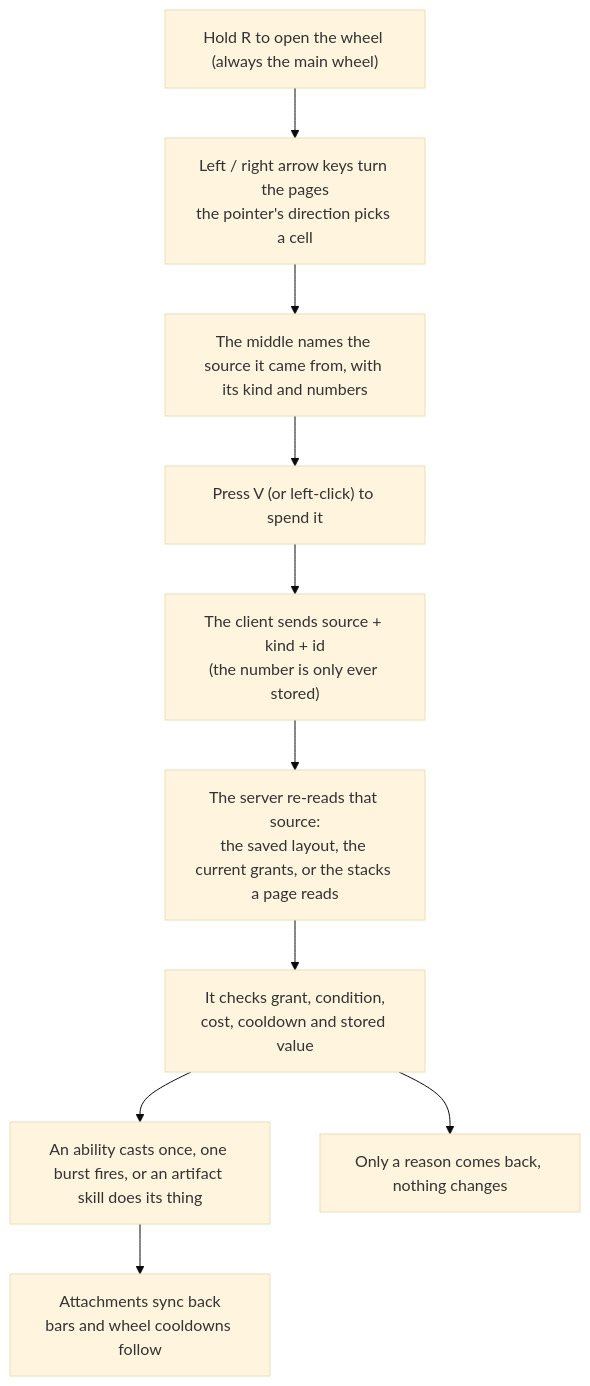
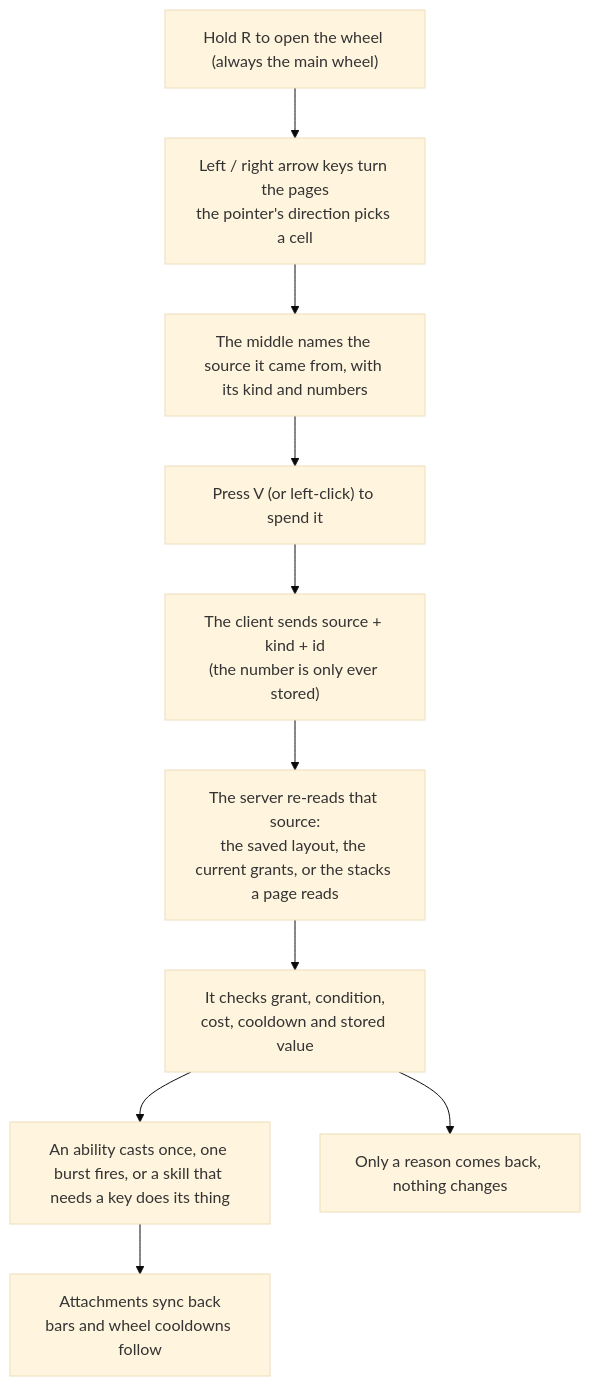
The diagram in docs/en/player-guide/keys-and-hud.md (IAFEnvoy/mxt-docs), drawn with Mermaid (base theme) before and after one commit. The commit also changed other lines of this file and 180 other files, not shown here.

````diff
--- a/docs/en/player-guide/keys-and-hud.md
+++ b/docs/en/player-guide/keys-and-hud.md
@@ -82,12 +84,12 @@
 ```mermaid
 flowchart TD
     A["Hold R to open the wheel (always the main wheel)"] --> B["Left / right arrow keys turn the pages<br/>the pointer's direction picks a cell"]
     B --> C["The middle names the source it came from, with its kind and numbers"]
     C --> D["Press V (or left-click) to spend it"]
     D --> E["The client sends source + kind + id<br/>(the number is only ever stored)"]
     E --> F0["The server re-reads that source:<br/>the saved layout, the current grants, or the stacks a page reads"]
     F0 --> F["It checks grant, condition,<br/>cost, cooldown and stored value"]
-    F --> G["An ability casts once, one burst fires, or an artifact skill does its thing"]
+    F --> G["An ability casts once, one burst fires, or a skill that needs a key does its thing"]
     F --> H["Only a reason comes back, nothing changes"]
     G --> I["Attachments sync back<br/>bars and wheel cooldowns follow"]
 ```
````
